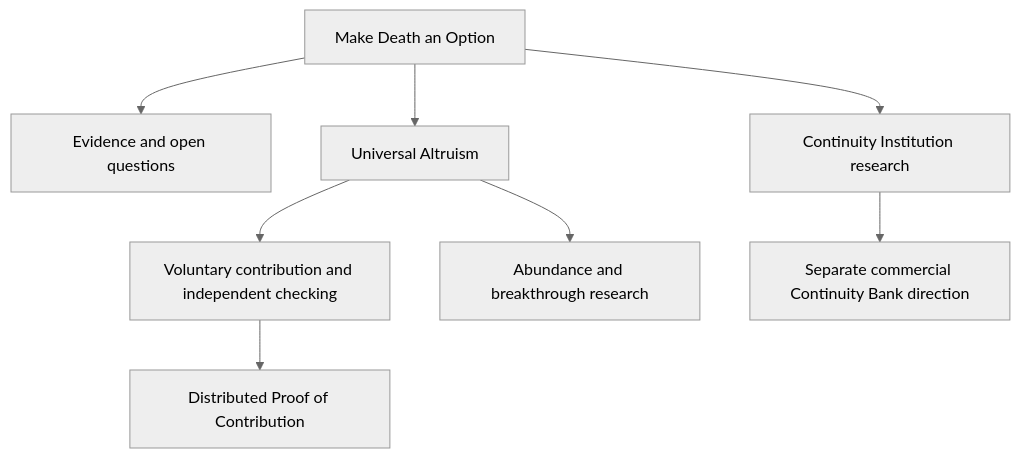
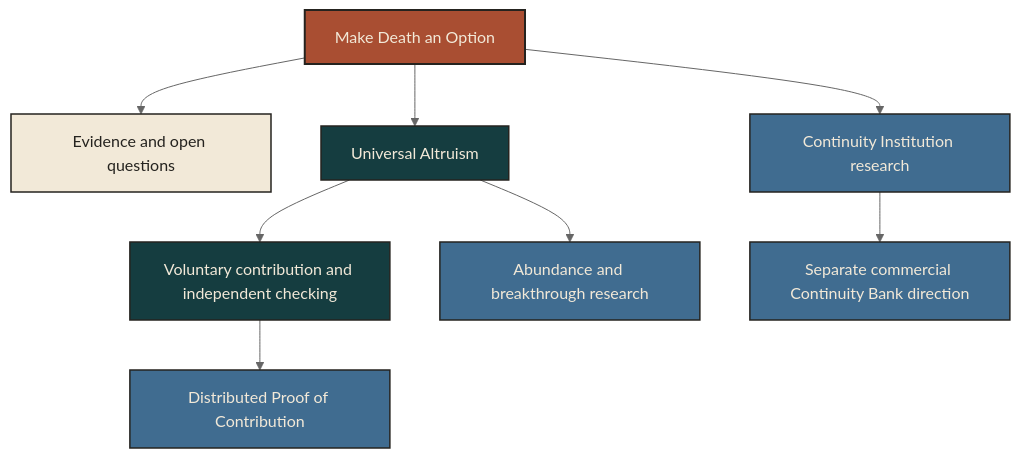
One commit to andydrewie/make-death-an-option changed the diagram in README.md. Above: the diagram before and after it, drawn with Mermaid (neutral theme). The commit also changed other lines of this file and 7 other files, not shown here.

````diff
--- a/README.md
+++ b/README.md
@@ -40,10 +44,18 @@
 ```mermaid
 flowchart TD
     A[Make Death an Option] --> B[Evidence and open questions]
     A --> C[Universal Altruism]
     A --> D[Continuity Institution research]
     C --> E[Voluntary contribution and independent checking]
     E --> F[Distributed Proof of Contribution]
     C --> G[Abundance and breakthrough research]
     D --> H[Separate commercial Continuity Bank direction]
+    classDef article fill:#A94E32,stroke:#25231F,color:#F2E9D8,stroke-width:2px;
+    classDef evidence fill:#F2E9D8,stroke:#25231F,color:#25231F,stroke-width:1.5px;
+    classDef plural fill:#153D40,stroke:#25231F,color:#F2E9D8,stroke-width:1.5px;
+    classDef direction fill:#406C90,stroke:#25231F,color:#F2E9D8,stroke-width:1.5px;
+    class A article;
+    class B evidence;
+    class C,E plural;
+    class D,F,G,H direction;
 ```
````
